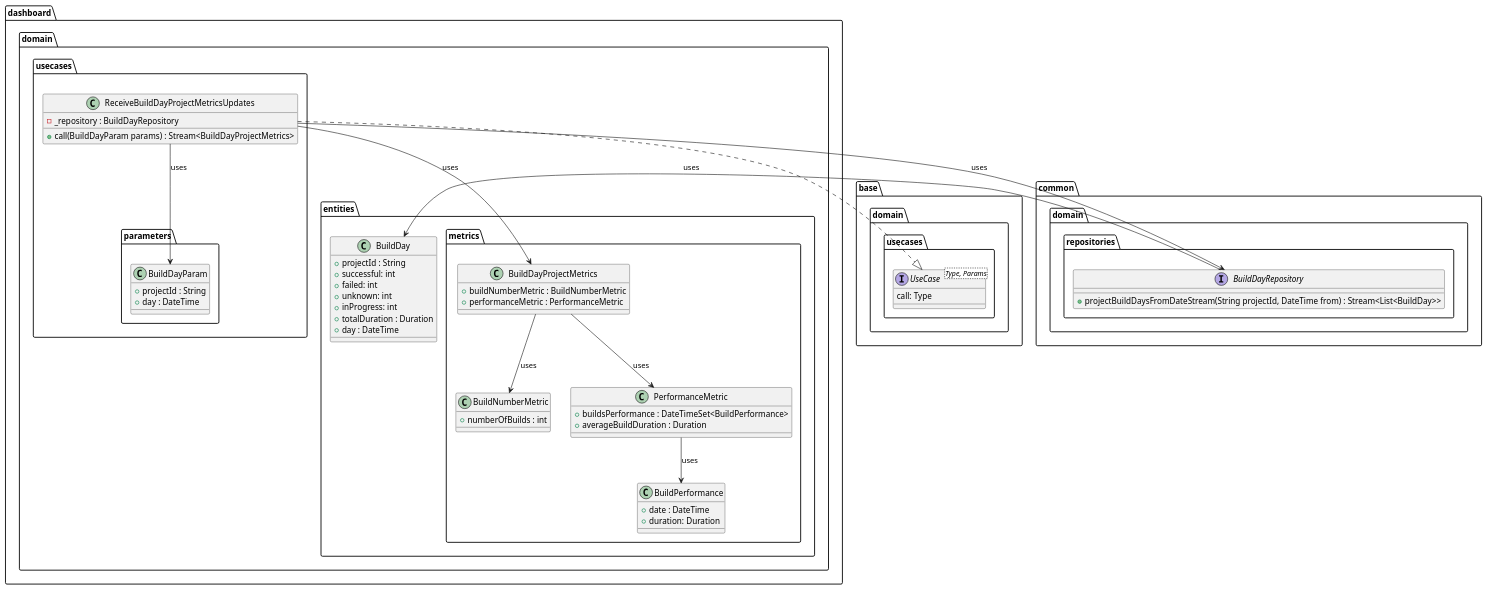
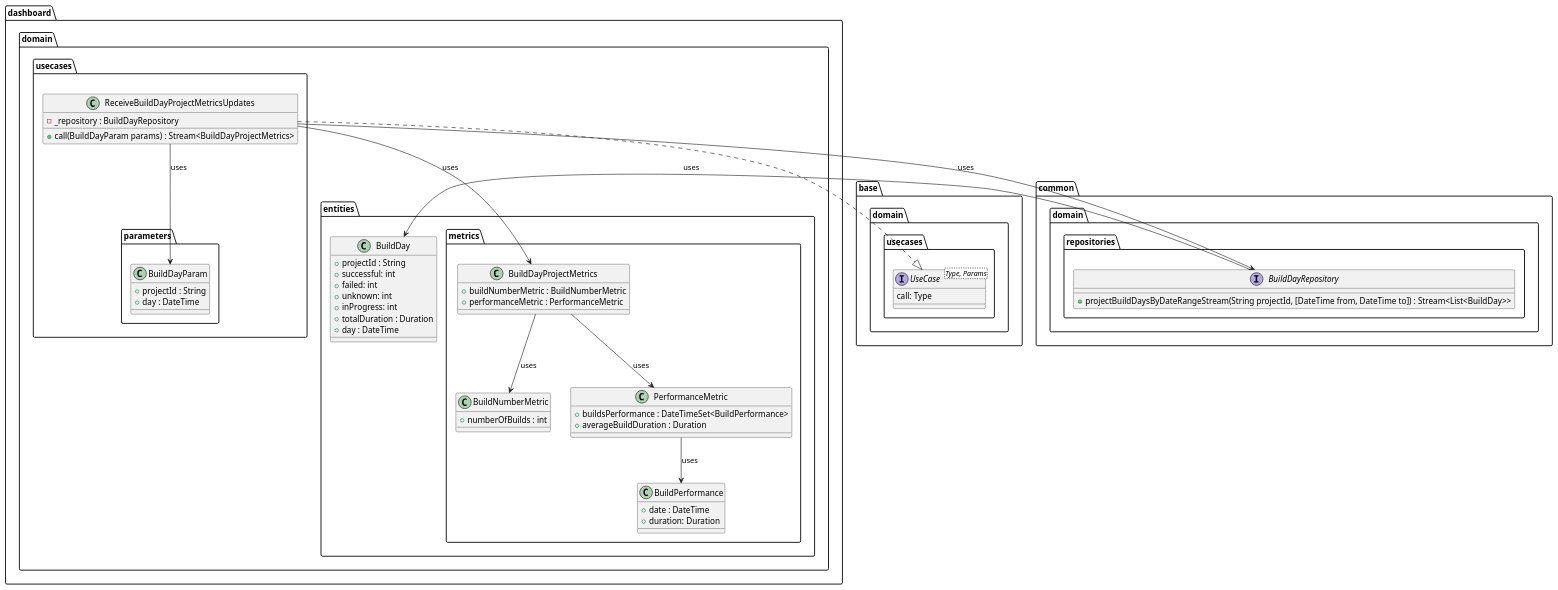
One commit to Flank/flank-dashboard changed the diagram in metrics/web/docs/features/builds_aggregation/diagrams/build_days_domain_layer_class_diagram.puml. Above: the diagram before and after it, drawn with PlantUML. The commit also changed 1 other file, not shown here.

Commit message:
Fix diagrams

```diff
--- a/metrics/web/docs/features/builds_aggregation/diagrams/build_days_domain_layer_class_diagram.puml
+++ b/metrics/web/docs/features/builds_aggregation/diagrams/build_days_domain_layer_class_diagram.puml
@@ -1,71 +1,71 @@
 @startuml build_days_domain_layer_class_diagram
 
 package base.domain.usecases {
     interface UseCase<Type, Params> {
         call: Type
     }
 }
 
 package common.domain.repositories {
     interface BuildDayRepository {
-        + projectBuildDaysFromDateStream(String projectId, DateTime from) : Stream<List<BuildDay>>
+        + projectBuildDaysByDateRangeStream(String projectId, [DateTime from, DateTime to]) : Stream<List<BuildDay>>
     } 
 }
 
 package dashboard.domain {
     package entities {
         class BuildDay {
             + projectId : String
             + successful: int
             + failed: int
             + unknown: int
             + inProgress: int
             + totalDuration : Duration
             + day : DateTime
         }
 
         package metrics {
             class BuildNumberMetric {
                 + numberOfBuilds : int
             }
             class BuildPerformance {
                     + date : DateTime
                     + duration: Duration
             }
             class PerformanceMetric {
                 + buildsPerformance : DateTimeSet<BuildPerformance>
                 + averageBuildDuration : Duration
             }
             class BuildDayProjectMetrics {
                 + buildNumberMetric : BuildNumberMetric
                 + performanceMetric : PerformanceMetric
             }
         }
     }
 
     package usecases {
         class ReceiveBuildDayProjectMetricsUpdates {
             - _repository : BuildDayRepository
             + call(BuildDayParam params) : Stream<BuildDayProjectMetrics>
         }
 
         package parameters {
             class BuildDayParam {
                 + projectId : String
                 + day : DateTime
             }
         }
     }  
 }
 
 BuildDayRepository --> BuildDay : uses
 ReceiveBuildDayProjectMetricsUpdates ..|> UseCase
 ReceiveBuildDayProjectMetricsUpdates --> BuildDayRepository : uses
 ReceiveBuildDayProjectMetricsUpdates --> BuildDayParam : uses
 ReceiveBuildDayProjectMetricsUpdates --> BuildDayProjectMetrics : uses
 
 BuildDayProjectMetrics --> BuildNumberMetric : uses
 BuildDayProjectMetrics --> PerformanceMetric : uses
 PerformanceMetric --> BuildPerformance : uses
 
 @enduml
```
